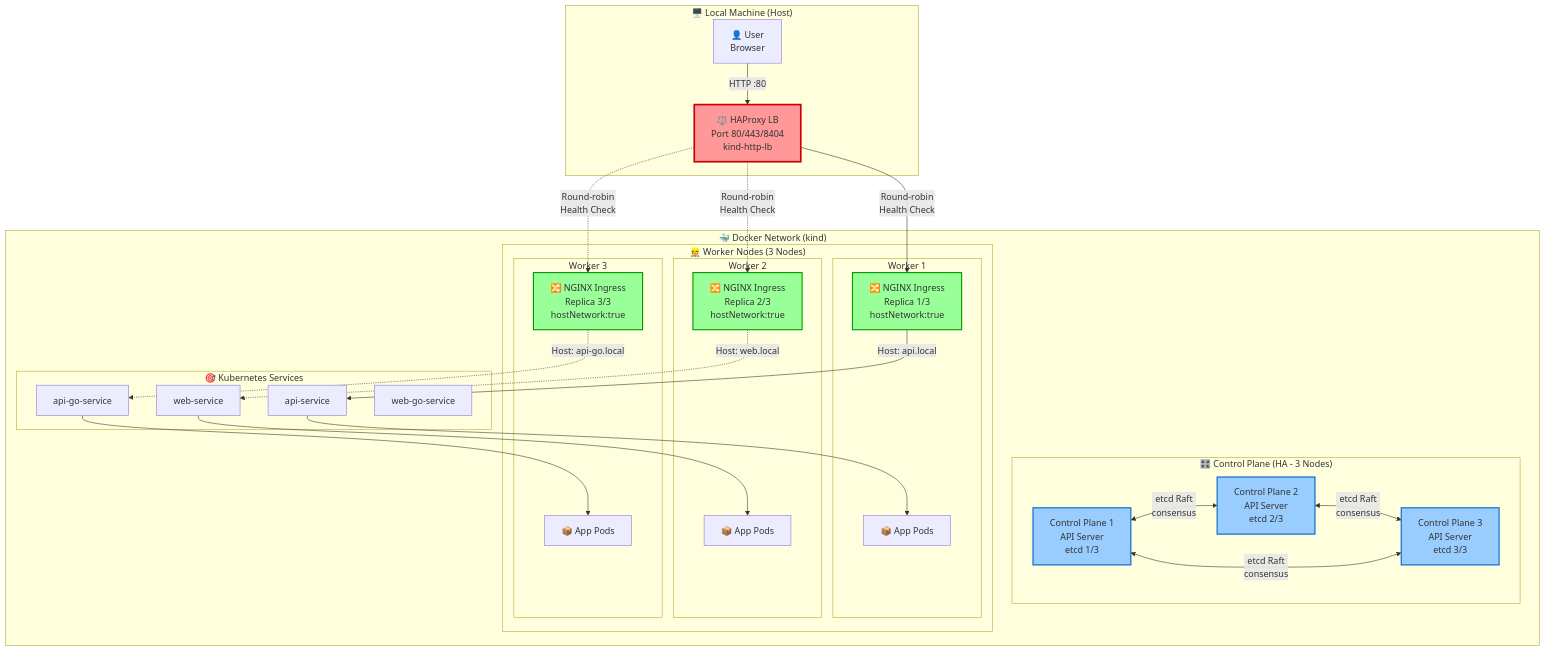
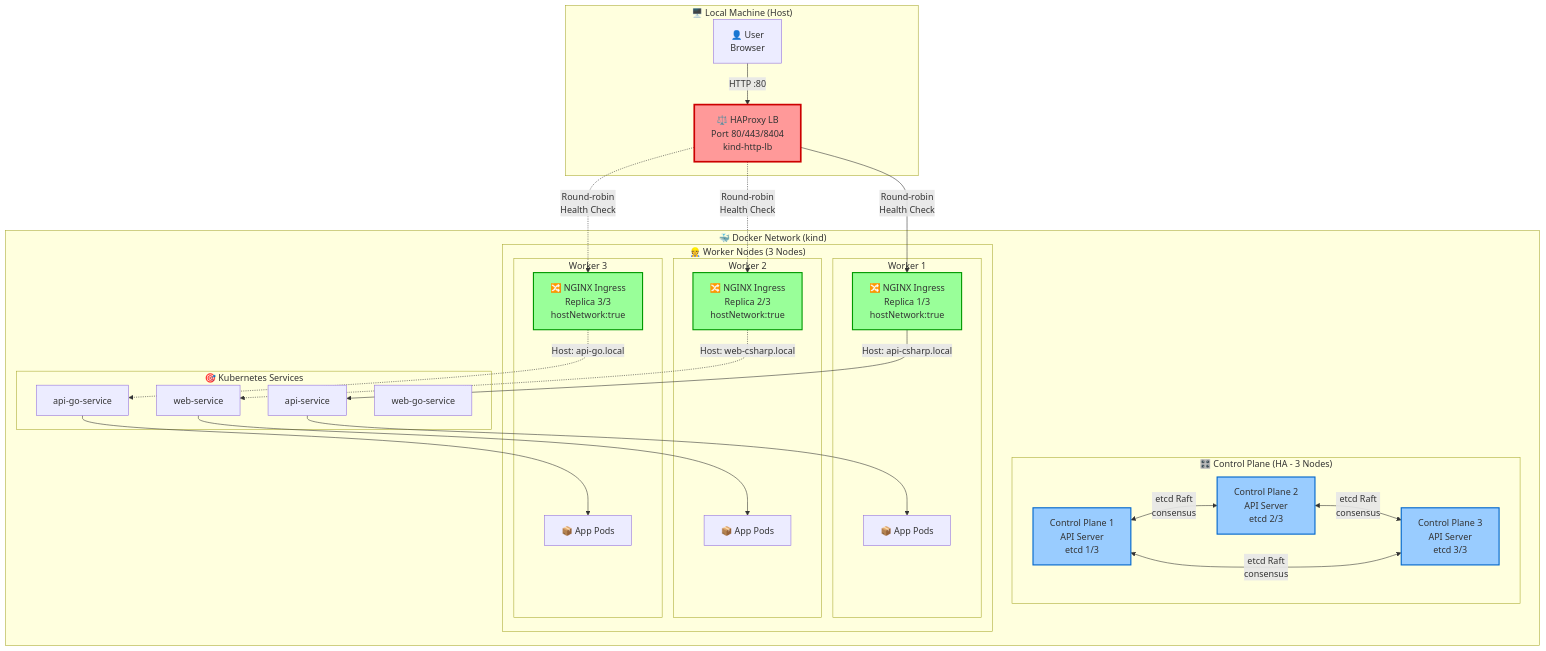
The diagram in docs/diagrams/ha-architecture.mmd (esersahin/datetime-k8s), drawn with Mermaid before and after one commit. The commit also changed 57 other files, not shown here.

```diff
--- a/docs/diagrams/ha-architecture.mmd
+++ b/docs/diagrams/ha-architecture.mmd
@@ -1,66 +1,66 @@
 graph TB
     subgraph Host["🖥️ Local Machine (Host)"]
         User["👤 User<br/>Browser"]
         HAProxy["⚖️ HAProxy LB<br/>Port 80/443/8404<br/>kind-http-lb"]
     end
 
     subgraph Docker["🐳 Docker Network (kind)"]
         subgraph ControlPlane["🎛️ Control Plane (HA - 3 Nodes)"]
             CP1["Control Plane 1<br/>API Server<br/>etcd 1/3"]
             CP2["Control Plane 2<br/>API Server<br/>etcd 2/3"]
             CP3["Control Plane 3<br/>API Server<br/>etcd 3/3"]
         end
 
         subgraph Workers["👷 Worker Nodes (3 Nodes)"]
             subgraph W1["Worker 1"]
                 NGINX1["🔀 NGINX Ingress<br/>Replica 1/3<br/>hostNetwork:true"]
                 Pods1["📦 App Pods"]
             end
 
             subgraph W2["Worker 2"]
                 NGINX2["🔀 NGINX Ingress<br/>Replica 2/3<br/>hostNetwork:true"]
                 Pods2["📦 App Pods"]
             end
 
             subgraph W3["Worker 3"]
                 NGINX3["🔀 NGINX Ingress<br/>Replica 3/3<br/>hostNetwork:true"]
                 Pods3["📦 App Pods"]
             end
         end
 
         subgraph Services["🎯 Kubernetes Services"]
             APISvc["api-service"]
             WebSvc["web-service"]
             APIGoSvc["api-go-service"]
             WebGoSvc["web-go-service"]
         end
     end
 
     User -->|"HTTP :80"| HAProxy
     HAProxy -->|"Round-robin<br/>Health Check"| NGINX1
     HAProxy -.->|"Round-robin<br/>Health Check"| NGINX2
     HAProxy -.->|"Round-robin<br/>Health Check"| NGINX3
 
     CP1 <-->|"etcd Raft<br/>consensus"| CP2
     CP2 <-->|"etcd Raft<br/>consensus"| CP3
     CP3 <-->|"etcd Raft<br/>consensus"| CP1
 
-    NGINX1 -->|"Host: api.local"| APISvc
-    NGINX2 -.->|"Host: web.local"| WebSvc
+    NGINX1 -->|"Host: api-csharp.local"| APISvc
+    NGINX2 -.->|"Host: web-csharp.local"| WebSvc
     NGINX3 -.->|"Host: api-go.local"| APIGoSvc
 
     APISvc --> Pods1
     WebSvc --> Pods2
     APIGoSvc --> Pods3
 
     style HAProxy fill:#ff9999,stroke:#cc0000,stroke-width:3px
     style CP1 fill:#99ccff,stroke:#0066cc,stroke-width:2px
     style CP2 fill:#99ccff,stroke:#0066cc,stroke-width:2px
     style CP3 fill:#99ccff,stroke:#0066cc,stroke-width:2px
     style NGINX1 fill:#99ff99,stroke:#009900,stroke-width:2px
     style NGINX2 fill:#99ff99,stroke:#009900,stroke-width:2px
     style NGINX3 fill:#99ff99,stroke:#009900,stroke-width:2px
 
     classDef haStyle fill:#ffcccc,stroke:#cc0000
     classDef cpStyle fill:#cce5ff,stroke:#0066cc
     classDef workerStyle fill:#ccffcc,stroke:#009900
```
